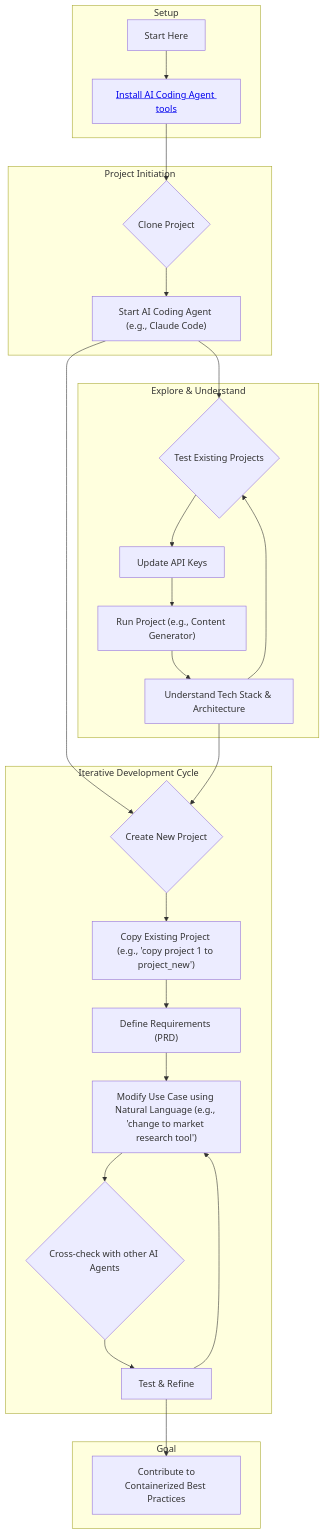
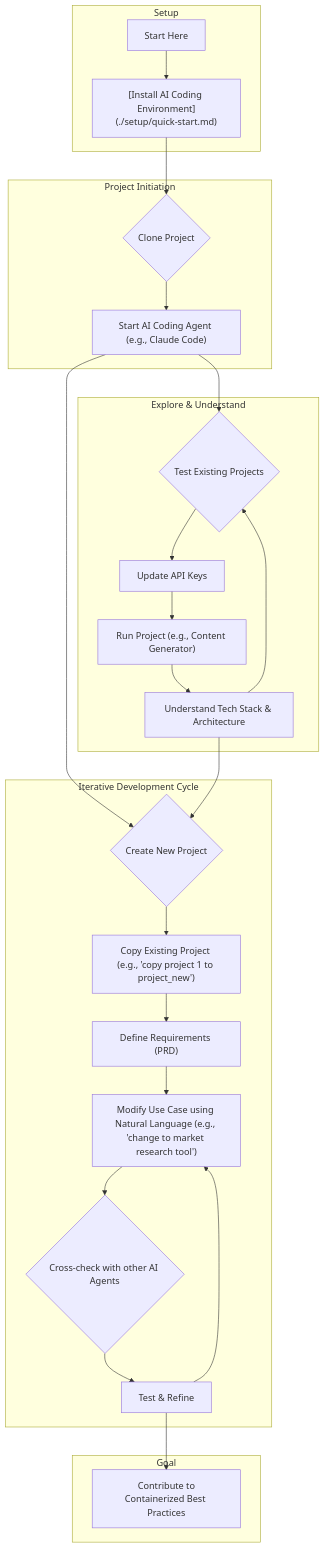
The diagram in README.md (pingwu/multi-ai-coding-agent), drawn with Mermaid before and after one commit.

Commit message:
fix: use markdown link syntax in diagram
- Changed from HTML href to cleaner markdown link syntax
- Updated text to 'Install AI Coding Environment'
- Links correctly to ./setup/quick-start.md

🤖 Generated with [Claude Code](https://claude.ai/code)

````diff
--- a/README.md
+++ b/README.md
@@ -25,35 +25,35 @@
 ```mermaid
 graph TD
     subgraph "Setup"
-        A[Start Here] --> B["<a href='./setup/quick-start.md'>Install AI Coding Agent tools</a>"];
+        A[Start Here] --> B["[Install AI Coding Environment](./setup/quick-start.md)"];
     end
 
     subgraph "Project Initiation"
         B --> C{Clone Project};
         C --> D["Start AI Coding Agent (e.g., Claude Code)"];
     end
 
     subgraph "Explore & Understand"
         D --> E{Test Existing Projects};
         E --> F["Update API Keys"];
         F --> G["Run Project (e.g., Content Generator)"];
         G --> H["Understand Tech Stack & Architecture"];
         H --> E;
     end
 
     subgraph "Iterative Development Cycle"
         D --> I{Create New Project};
         I --> J["Copy Existing Project (e.g., 'copy project 1 to project_new')"];
         J --> K["Define Requirements (PRD)"];
         K --> L["Modify Use Case using Natural Language (e.g., 'change to market research tool')"];
         L --> M{Cross-check with other AI Agents};
         M --> N["Test & Refine"];
         N --> L;
     end
 
     subgraph "Goal"
         N --> O["Contribute to<br>Containerized Best Practices"];
     end
 
     H --> I;
 ```
````
